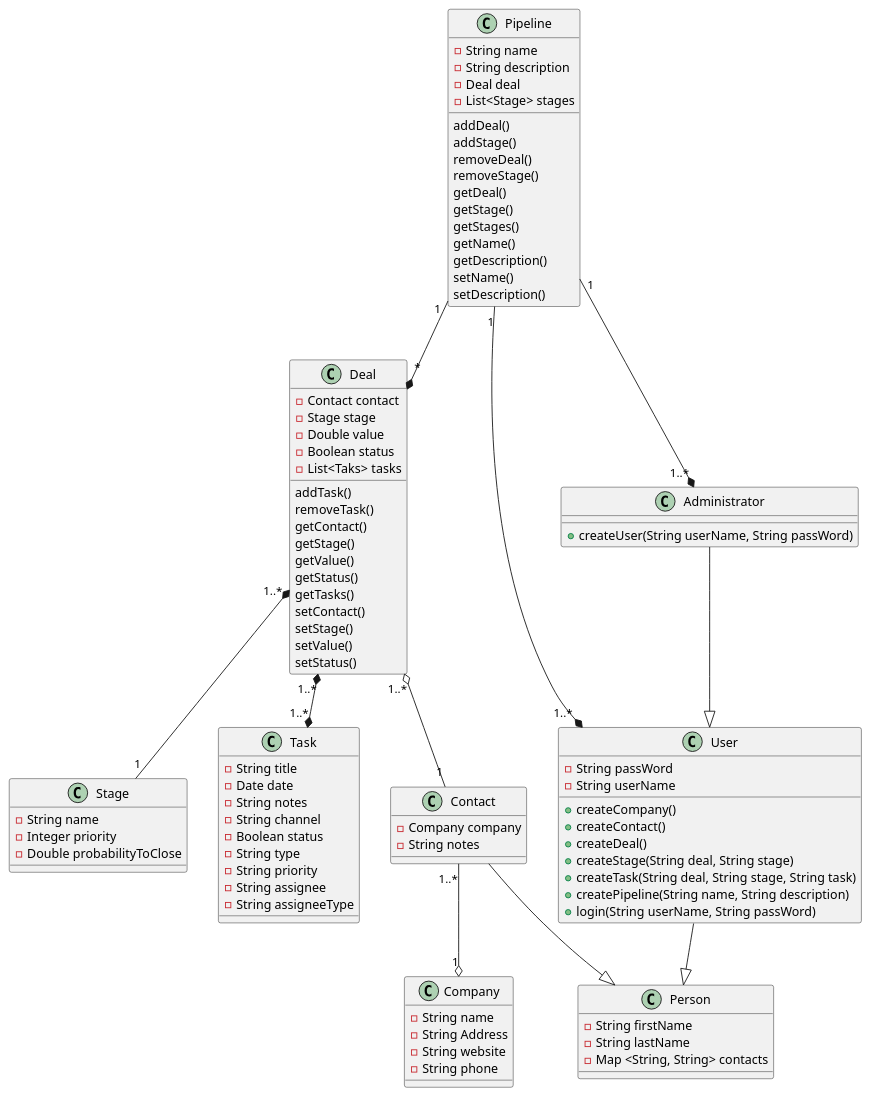
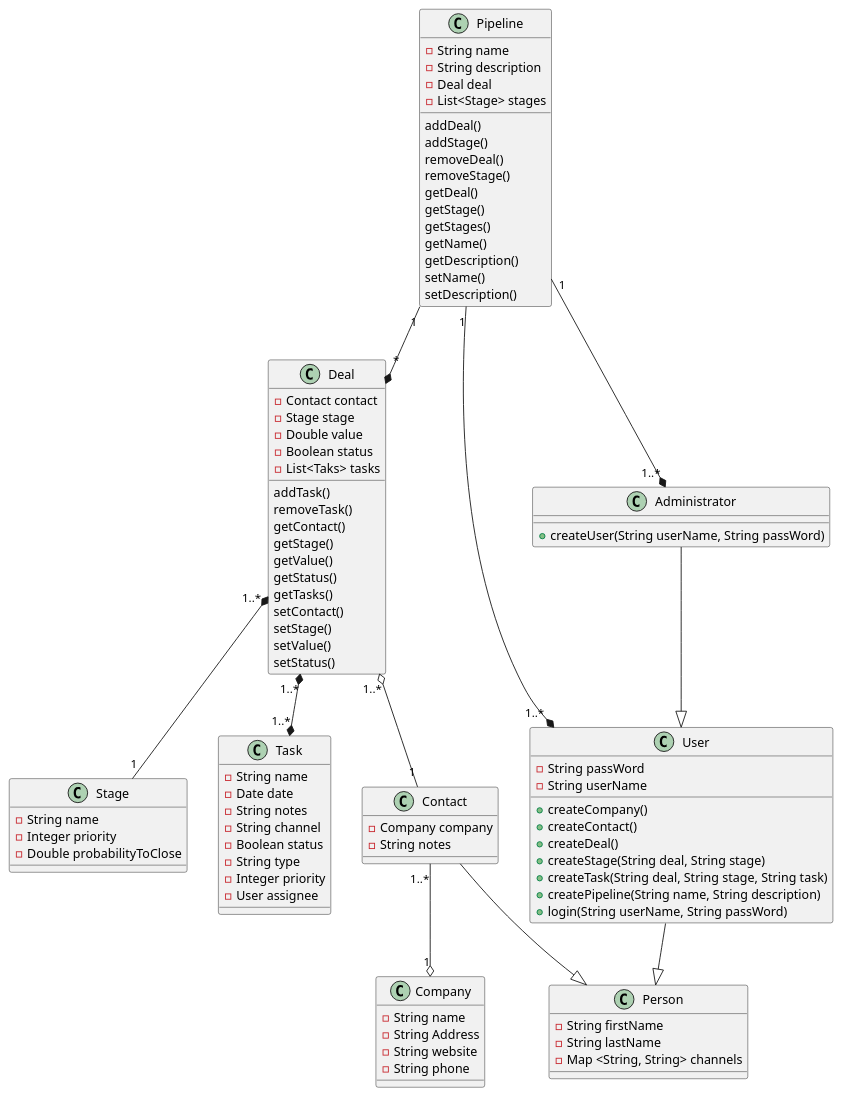
Before and after one commit to igormedeiros/crm33: the diagram in planning/uml/crm33.plantuml, drawn with PlantUML. The commit also changed 11 other files, not shown here.

```diff
--- a/planning/uml/crm33.plantuml
+++ b/planning/uml/crm33.plantuml
@@ -1,116 +1,113 @@
 @startuml CRM33
 
 Pipeline "1" --* "*" Deal
 
 class Pipeline{
   -String name
   -String description
   -Deal deal
   -List<Stage> stages
   addDeal()
   addStage()
   removeDeal()
   removeStage()
   getDeal()
   getStage()
   getStages()
   getName()
   getDescription()
   setName()
   setDescription()
 
 }
 
 class Deal{
   -Contact contact
   -Stage stage
   -Double value
   -Boolean status
   -List<Taks> tasks
   addTask()
   removeTask()
   getContact()
   getStage()
   getValue()
   getStatus()
   getTasks()
   setContact()
   setStage()
   setValue()
   setStatus()
 }
 
 Deal "1..*" *-- "1" Stage
 
 class Stage{
   -String name
-  - Integer priority
+  -Integer priority
   -Double probabilityToClose
 }
 
 class Task{
-  -String title
+  -String name
   -Date date
   -String notes
   -String channel
   -Boolean status
   -String type
-  -String priority
-  -String assignee
-  -String assigneeType
+  -Integer priority
+  -User assignee
+  
 }
-
-
 
 class Person{
   -String firstName
   -String lastName
-  -Map <String, String> contacts
-
+  -Map <String, String> channels
 }
 
 
 Contact --|> Person
 class Contact{
   -Company company
   -String notes
 }
 
 User --|> Person
 Pipeline "1" --* "1..*" User
 
 class User{
 
   -String passWord
   -String userName
 
   +createCompany()
   +createContact()
   +createDeal()
   +createStage(String deal, String stage)
   +createTask(String deal, String stage, String task)
   +createPipeline(String name, String description)
   +login(String userName, String passWord)
 }
 
 Administrator --|> User
 Pipeline "1" --* "1..*" Administrator
 
 class Administrator{
 
   +createUser(String userName, String passWord)
 
 }
 
 class Company{
   -String name
   -String Address
   -String website
   -String phone
 }
 
 Deal "1..*" o-- "1" Contact
 Contact "1..*" --o "1" Company
 Deal "1..*" *--* "1..*" Task
 
 @enduml
```
